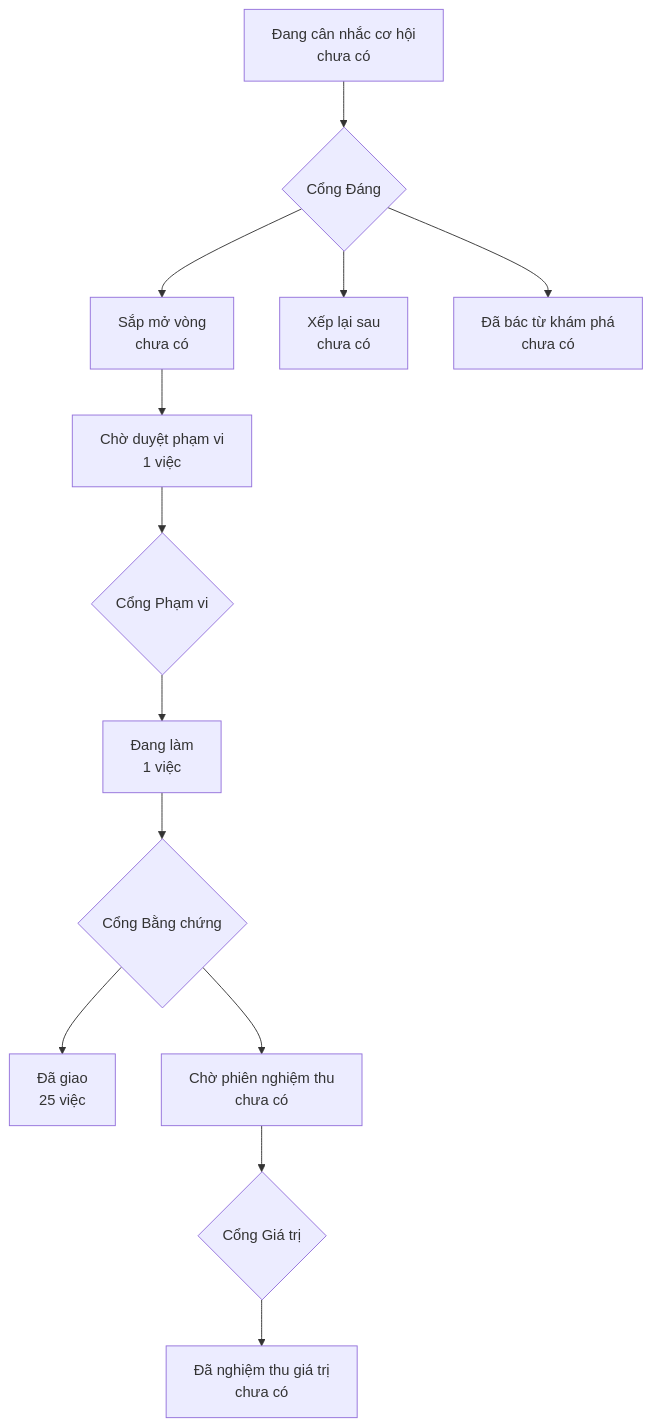
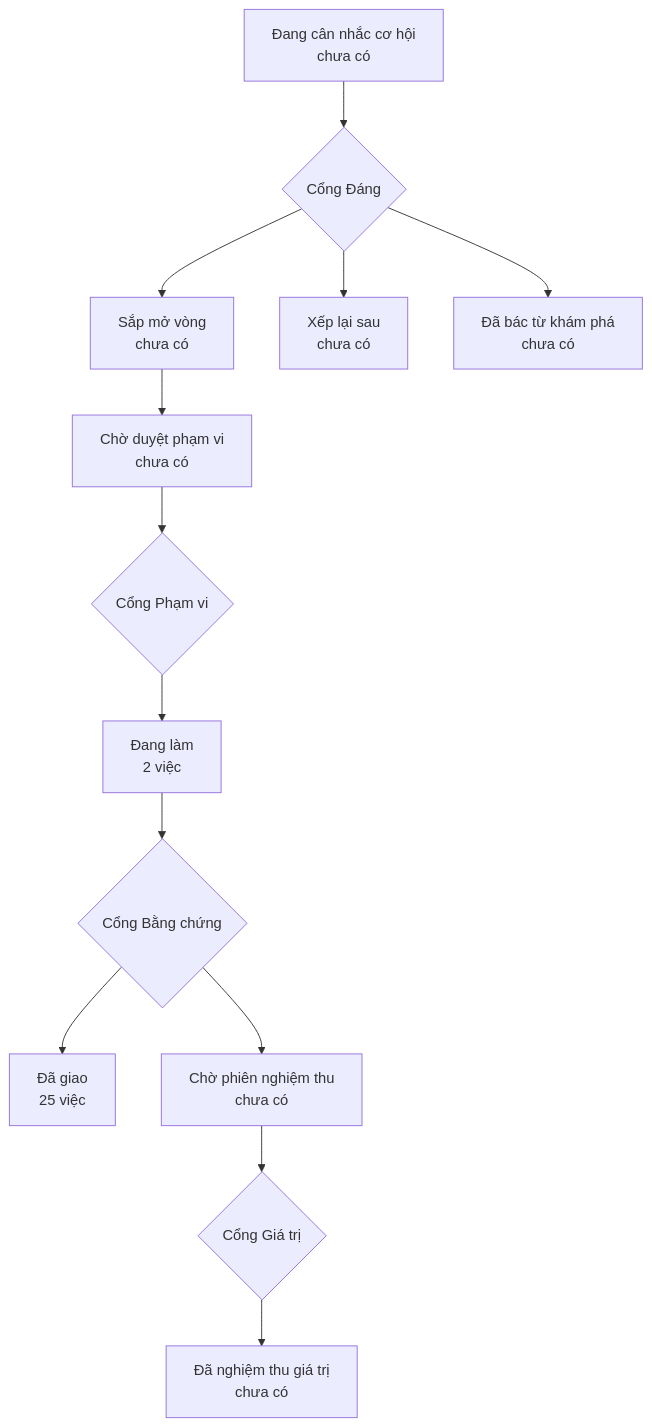
One commit to phanlemanh/acceptance-gate-kit changed the diagram in PRODUCT-MAP.md. Above: the diagram before and after it, drawn with Mermaid. The commit also changed other lines of this file and 3 other files, not shown here.

First line of the commit message:
feat(discovery-brainstorm-socket): Cổng Phạm vi duyệt — Manh Phan, 5 phút; 5 tiêu chí, 6 eval, dấu niêm Cổng 1

````diff
--- a/PRODUCT-MAP.md
+++ b/PRODUCT-MAP.md
@@ -6,12 +6,12 @@
 ```mermaid
 flowchart TD
   A["Đang cân nhắc cơ hội<br/>chưa có"] --> GD{"Cổng Đáng"}
   GD --> B["Sắp mở vòng<br/>chưa có"]
   GD --> XL["Xếp lại sau<br/>chưa có"]
   GD --> DB["Đã bác từ khám phá<br/>chưa có"]
-  B --> CD["Chờ duyệt phạm vi<br/>1 việc"] --> GP{"Cổng Phạm vi"}
-  GP --> DL["Đang làm<br/>1 việc"] --> GB{"Cổng Bằng chứng"}
+  B --> CD["Chờ duyệt phạm vi<br/>chưa có"] --> GP{"Cổng Phạm vi"}
+  GP --> DL["Đang làm<br/>2 việc"] --> GB{"Cổng Bằng chứng"}
   GB --> DG["Đã giao<br/>25 việc"]
   GB --> CN["Chờ phiên nghiệm thu<br/>chưa có"] --> GG{"Cổng Giá trị"}
   GG --> NT["Đã nghiệm thu giá trị<br/>chưa có"]
 ```
````
